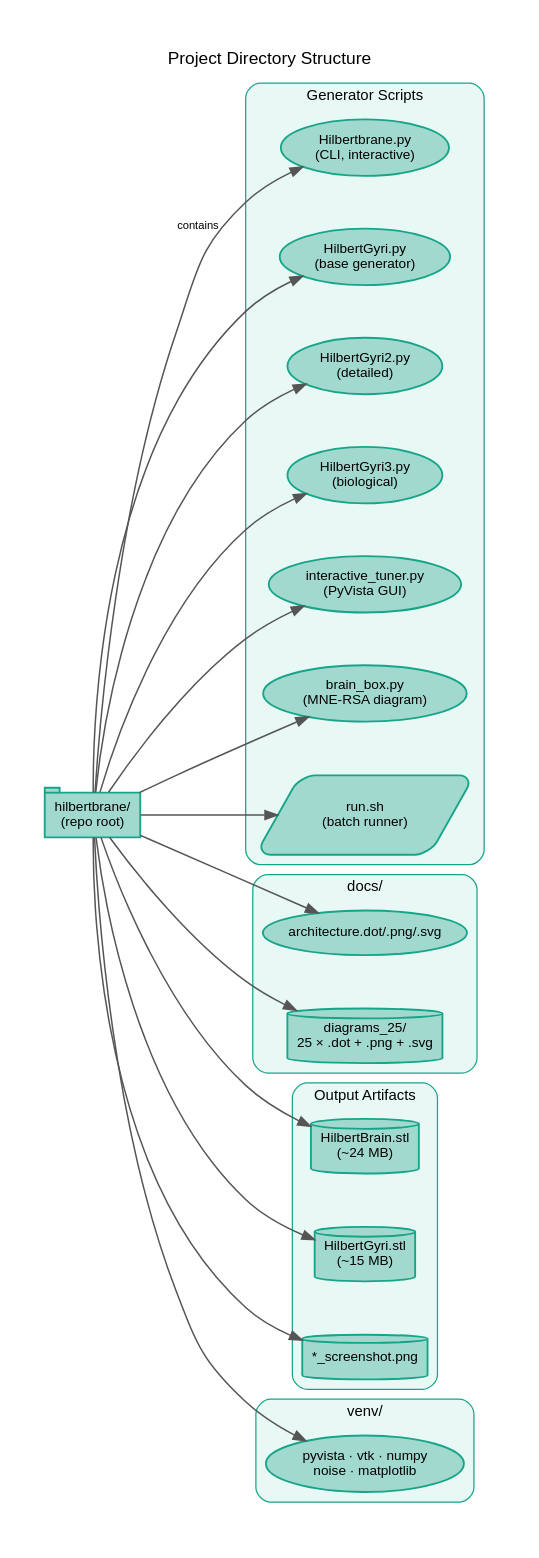
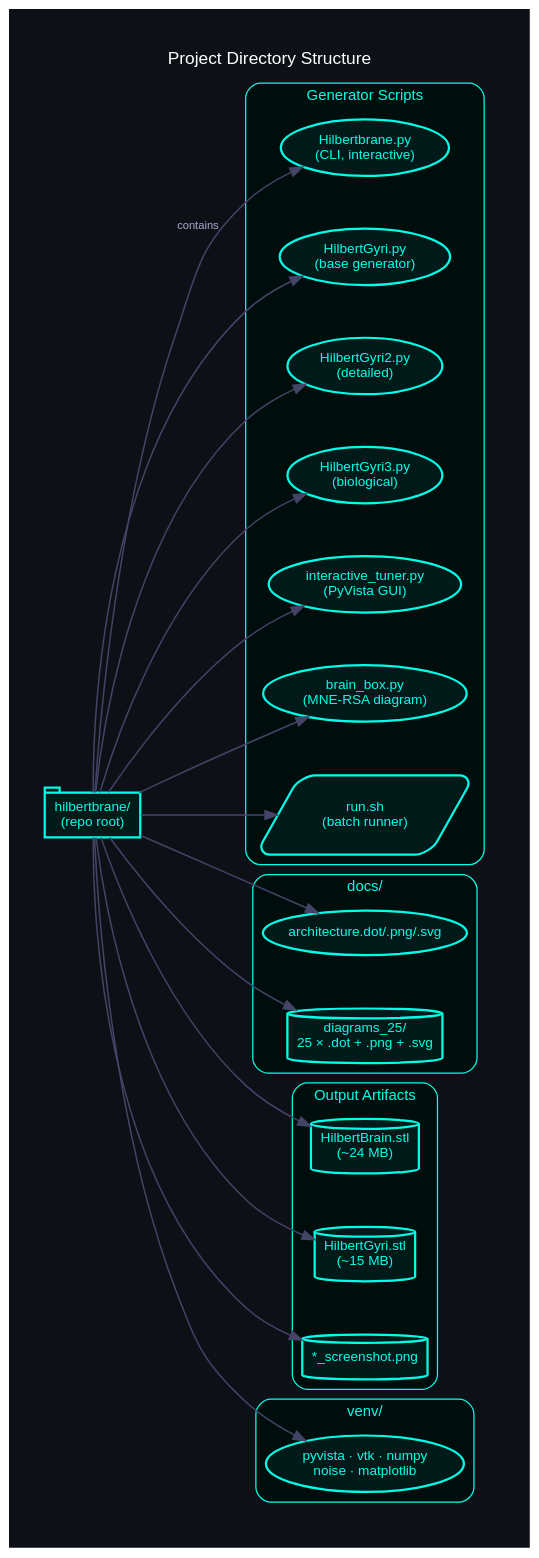
Before and after one commit to danindiana/hilbertbrane: the diagram in docs/diagrams_25/07_file_structure.dot, drawn with Graphviz. The commit also changed 78 other files, not shown here.

```diff
--- a/docs/diagrams_25/07_file_structure.dot
+++ b/docs/diagrams_25/07_file_structure.dot
@@ -1,73 +1,74 @@
 digraph G {
     graph [
         fontname="Helvetica,Arial,sans-serif"
-        bgcolor="#ffffff"
+        bgcolor="#0d1117"
+        fontcolor="white"
         splines=spline
         nodesep=0.6
         ranksep=0.8
         pad=0.4
         labelloc="t"
         labeljust="c"
         fontsize=14
     ]
-    node [fontname="Helvetica,Arial,sans-serif" fontsize=11 style="filled,rounded" penwidth=1.5]
-    edge [fontname="Helvetica,Arial,sans-serif" fontsize=9 color="#555555" penwidth=1.2]
+    node [fontname="Helvetica,Arial,sans-serif" fontsize=11 style="filled,rounded" penwidth=1.8 fontcolor="white"]
+    edge [fontname="Helvetica,Arial,sans-serif" fontsize=9 color="#444466" penwidth=1.2 fontcolor="#aaaacc"]
     graph [label="Project Directory Structure" rankdir="LR"]
 
-    root [label="hilbertbrane/\n(repo root)" shape=tab fillcolor="#A2D9CE" color="#17A589"]
+    root [label="hilbertbrane/\n(repo root)" shape=tab fillcolor="#001a1a" color="#00ffe7" fontcolor="#00ffe7"]
 
     subgraph cluster_scripts {
         label="Generator Scripts"
-        style="filled,rounded" fillcolor="#E8F8F5" color="#17A589" fontsize=12
-        fontname="Helvetica,Arial,sans-serif"
+        style="filled,rounded" fillcolor="#000d0d" color="#00ffe7" fontsize=12
+        fontname="Helvetica,Arial,sans-serif" fontcolor="#00ffe7"
 
-        sc1 [label="Hilbertbrane.py\n(CLI, interactive)" fillcolor="#A2D9CE" color="#17A589"]
-        sc2 [label="HilbertGyri.py\n(base generator)" fillcolor="#A2D9CE" color="#17A589"]
-        sc3 [label="HilbertGyri2.py\n(detailed)" fillcolor="#A2D9CE" color="#17A589"]
-        sc4 [label="HilbertGyri3.py\n(biological)" fillcolor="#A2D9CE" color="#17A589"]
-        sc5 [label="interactive_tuner.py\n(PyVista GUI)" fillcolor="#A2D9CE" color="#17A589"]
-        sc6 [label="brain_box.py\n(MNE-RSA diagram)" fillcolor="#A2D9CE" color="#17A589"]
-        sc7 [label="run.sh\n(batch runner)" shape=parallelogram fillcolor="#A2D9CE" color="#17A589"]
+        sc1 [label="Hilbertbrane.py\n(CLI, interactive)" fillcolor="#001a1a" color="#00ffe7" fontcolor="#00ffe7"]
+        sc2 [label="HilbertGyri.py\n(base generator)" fillcolor="#001a1a" color="#00ffe7" fontcolor="#00ffe7"]
+        sc3 [label="HilbertGyri2.py\n(detailed)" fillcolor="#001a1a" color="#00ffe7" fontcolor="#00ffe7"]
+        sc4 [label="HilbertGyri3.py\n(biological)" fillcolor="#001a1a" color="#00ffe7" fontcolor="#00ffe7"]
+        sc5 [label="interactive_tuner.py\n(PyVista GUI)" fillcolor="#001a1a" color="#00ffe7" fontcolor="#00ffe7"]
+        sc6 [label="brain_box.py\n(MNE-RSA diagram)" fillcolor="#001a1a" color="#00ffe7" fontcolor="#00ffe7"]
+        sc7 [label="run.sh\n(batch runner)" shape=parallelogram fillcolor="#001a1a" color="#00ffe7" fontcolor="#00ffe7"]
     }
 
     subgraph cluster_docs {
         label="docs/"
-        style="filled,rounded" fillcolor="#E8F8F5" color="#17A589" fontsize=12
-        fontname="Helvetica,Arial,sans-serif"
+        style="filled,rounded" fillcolor="#000d0d" color="#00ffe7" fontsize=12
+        fontname="Helvetica,Arial,sans-serif" fontcolor="#00ffe7"
 
-        d1 [label="architecture.dot/.png/.svg" fillcolor="#A2D9CE" color="#17A589"]
-        d2 [label="diagrams_25/\n25 × .dot + .png + .svg" shape=cylinder fillcolor="#A2D9CE" color="#17A589"]
+        d1 [label="architecture.dot/.png/.svg" fillcolor="#001a1a" color="#00ffe7" fontcolor="#00ffe7"]
+        d2 [label="diagrams_25/\n25 × .dot + .png + .svg" shape=cylinder fillcolor="#001a1a" color="#00ffe7" fontcolor="#00ffe7"]
     }
 
     subgraph cluster_output {
         label="Output Artifacts"
-        style="filled,rounded" fillcolor="#E8F8F5" color="#17A589" fontsize=12
-        fontname="Helvetica,Arial,sans-serif"
+        style="filled,rounded" fillcolor="#000d0d" color="#00ffe7" fontsize=12
+        fontname="Helvetica,Arial,sans-serif" fontcolor="#00ffe7"
 
-        o1 [label="HilbertBrain.stl\n(~24 MB)" shape=cylinder fillcolor="#A2D9CE" color="#17A589"]
-        o2 [label="HilbertGyri.stl\n(~15 MB)" shape=cylinder fillcolor="#A2D9CE" color="#17A589"]
-        o3 [label="*_screenshot.png" shape=cylinder fillcolor="#A2D9CE" color="#17A589"]
+        o1 [label="HilbertBrain.stl\n(~24 MB)" shape=cylinder fillcolor="#001a1a" color="#00ffe7" fontcolor="#00ffe7"]
+        o2 [label="HilbertGyri.stl\n(~15 MB)" shape=cylinder fillcolor="#001a1a" color="#00ffe7" fontcolor="#00ffe7"]
+        o3 [label="*_screenshot.png" shape=cylinder fillcolor="#001a1a" color="#00ffe7" fontcolor="#00ffe7"]
     }
 
     subgraph cluster_venv {
         label="venv/"
-        style="filled,rounded" fillcolor="#E8F8F5" color="#17A589" fontsize=12
-        fontname="Helvetica,Arial,sans-serif"
+        style="filled,rounded" fillcolor="#000d0d" color="#00ffe7" fontsize=12
+        fontname="Helvetica,Arial,sans-serif" fontcolor="#00ffe7"
 
-        v1 [label="pyvista · vtk · numpy\nnoise · matplotlib" shape=ellipse fillcolor="#A2D9CE" color="#17A589"]
+        v1 [label="pyvista · vtk · numpy\nnoise · matplotlib" shape=ellipse fillcolor="#001a1a" color="#00ffe7" fontcolor="#00ffe7"]
     }
 
     root -> sc1 [label="contains"]
     root -> sc2
     root -> sc3
     root -> sc4
     root -> sc5
     root -> sc6
     root -> sc7
     root -> d1
     root -> d2
     root -> o1
     root -> o2
     root -> o3
     root -> v1
 }
```
